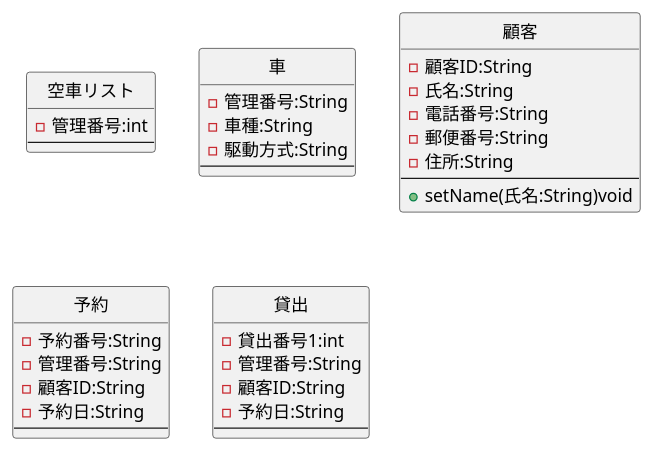
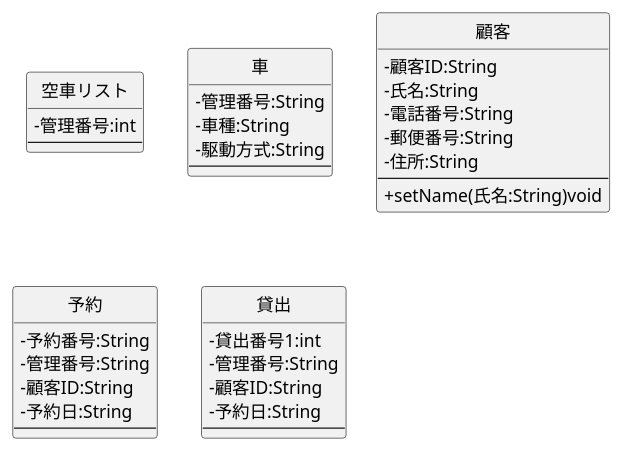
One commit to Sreia1129/uml-introduction changed the diagram in 例題3-1_CL_車両貸出システム.pu. Above: the diagram before and after it, drawn with PlantUML.

Commit message:
例題3-1の新規作成

```diff
--- a/例題3-1_CL_車両貸出システム.pu
+++ b/例題3-1_CL_車両貸出システム.pu
@@ -1,41 +1,41 @@
 @startuml
-' skinparam classAttributeIconSize 0
+skinparam classAttributeIconSize 0
 class 空車リスト{
 - 管理番号:int
 ---
 }
 class 車 {
 - 管理番号:String
 - 車種:String
 - 駆動方式:String
 ---
 }
 class 顧客 {
 - 顧客ID:String
 - 氏名:String
 - 電話番号:String
 - 郵便番号:String
 - 住所:String
 ---
 + setName(氏名:String)void
 }
 class 予約 {
 - 予約番号:String
 - 管理番号:String
 - 顧客ID:String
 - 予約日:String
 ---
 }
 class 貸出 {
 - 貸出番号1:int
 - 管理番号:String
 - 顧客ID:String
 - 予約日:String
 ---
 }
 hide 空車リスト circle
 hide 車 circle
 hide 顧客 circle
 hide 予約 circle
 hide 貸出 circle
 @enduml
```
